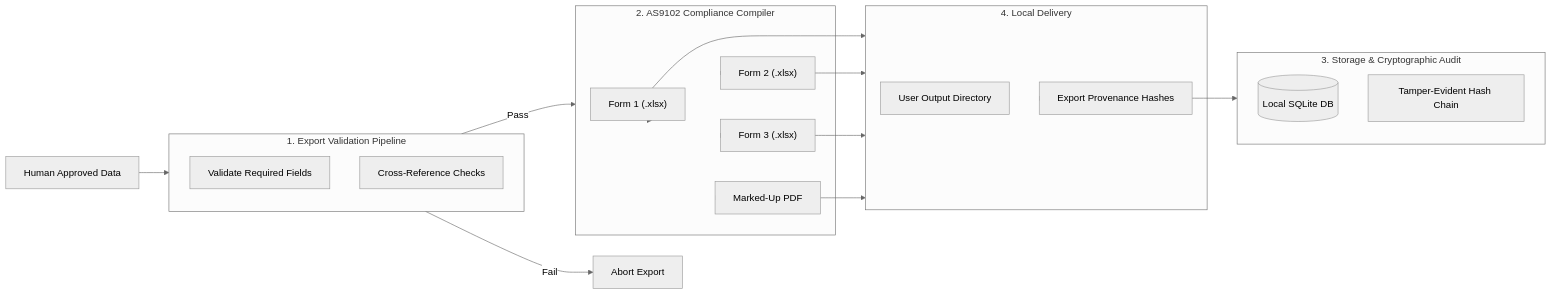
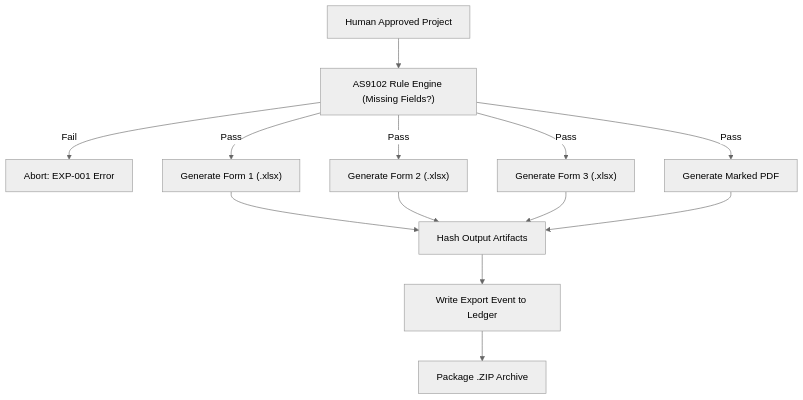
Before and after one commit to LoonistApp/Loonist: the seventh of 8 diagrams in Phase_3_Desktop_System_Architecture.md, drawn with Mermaid (neutral theme). The commit also changed other lines of this file, not shown here.

````diff
--- a/Phase_3_Desktop_System_Architecture.md
+++ b/Phase_3_Desktop_System_Architecture.md
@@ -224,34 +308,21 @@
 ```mermaid
-flowchart LR
-    Approved["Human Approved Data"]
+flowchart TD
+    Approve["Human Approved Project"]
+    Validate["AS9102 Rule Engine (Missing Fields?)"]
+    Abort["Abort: EXP-001 Error"]
     
-    subgraph Validation ["1. Export Validation Pipeline"]
-        AS9102Check["Validate Required Fields"]
-        CrossCheck["Cross-Reference Checks"]
-    end
-
-    subgraph Compiler ["2. AS9102 Compliance Compiler"]
-        Form1["Form 1 (.xlsx)"]
-        Form2["Form 2 (.xlsx)"]
-        Form3["Form 3 (.xlsx)"]
-        PDFMarked["Marked-Up PDF"]
-    end
+    Compile1["Generate Form 1 (.xlsx)"]
+    Compile2["Generate Form 2 (.xlsx)"]
+    Compile3["Generate Form 3 (.xlsx)"]
+    CompilePDF["Generate Marked PDF"]
     
-    subgraph Audit ["3. Storage & Cryptographic Audit"]
-        SQLite[(Local SQLite DB)]
-        SHA256["Tamper-Evident Hash Chain"]
-    end
-
-    subgraph Output ["4. Local Delivery"]
-        LocalFS["User Output Directory"]
-        ExportHash["Export Provenance Hashes"]
-    end
-
-    Approved --> Validation
-    Validation -->|Pass| Compiler
-    Validation -->|Fail| Abort[Abort Export]
-    Compiler --> Form1 & Form2 & Form3 & PDFMarked
-    Form1 & Form2 & Form3 & PDFMarked --> Output
-    Output --> ExportHash
-    ExportHash --> Audit
+    HashFinal["Hash Output Artifacts"]
+    Audit["Write Export Event to Ledger"]
+    Zip["Package .ZIP Archive"]
+    
+    Approve --> Validate
+    Validate -->|Fail| Abort
+    Validate -->|Pass| Compile1 & Compile2 & Compile3 & CompilePDF
+    Compile1 & Compile2 & Compile3 & CompilePDF --> HashFinal
+    HashFinal --> Audit --> Zip
 ```
````
